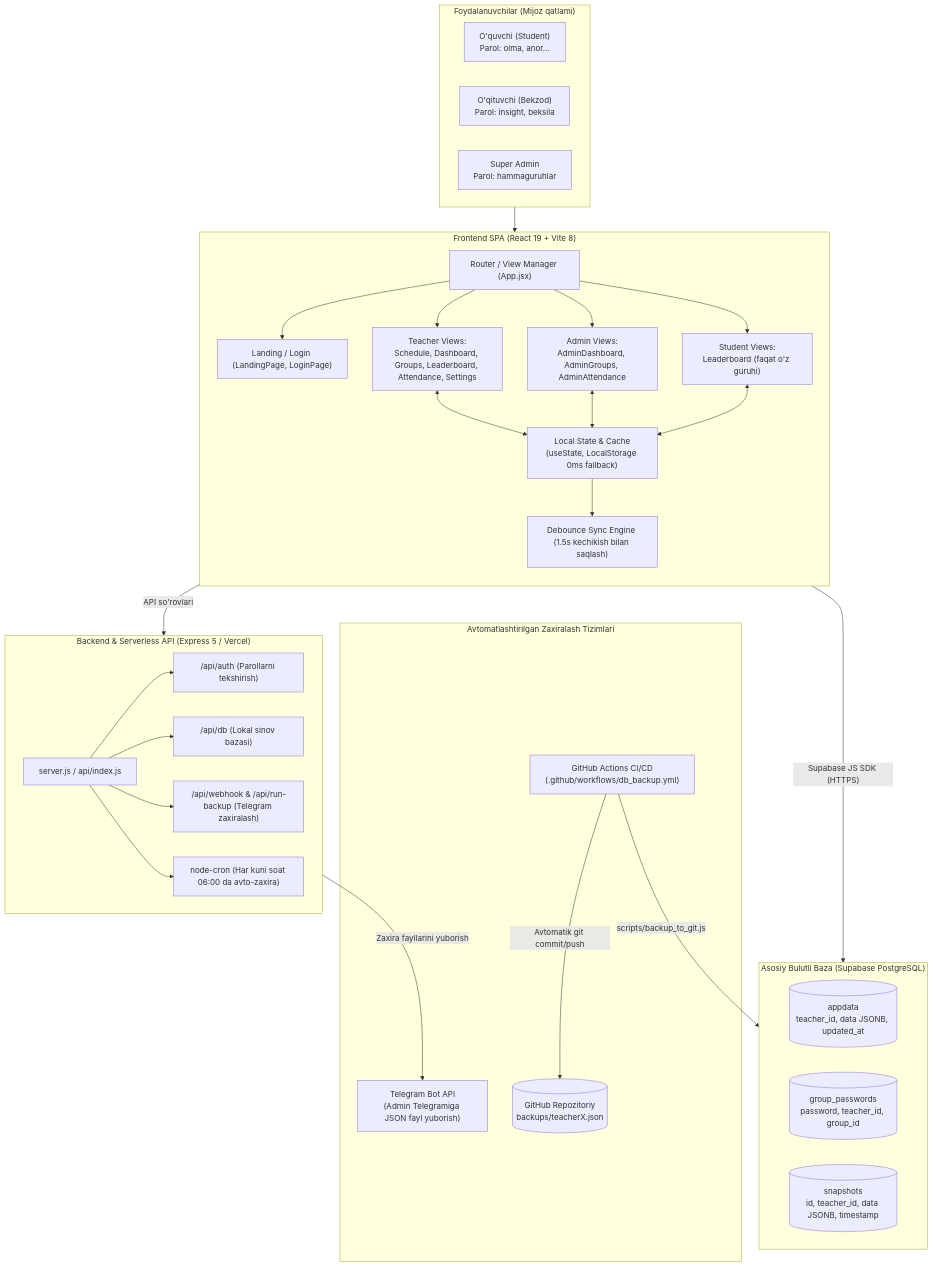
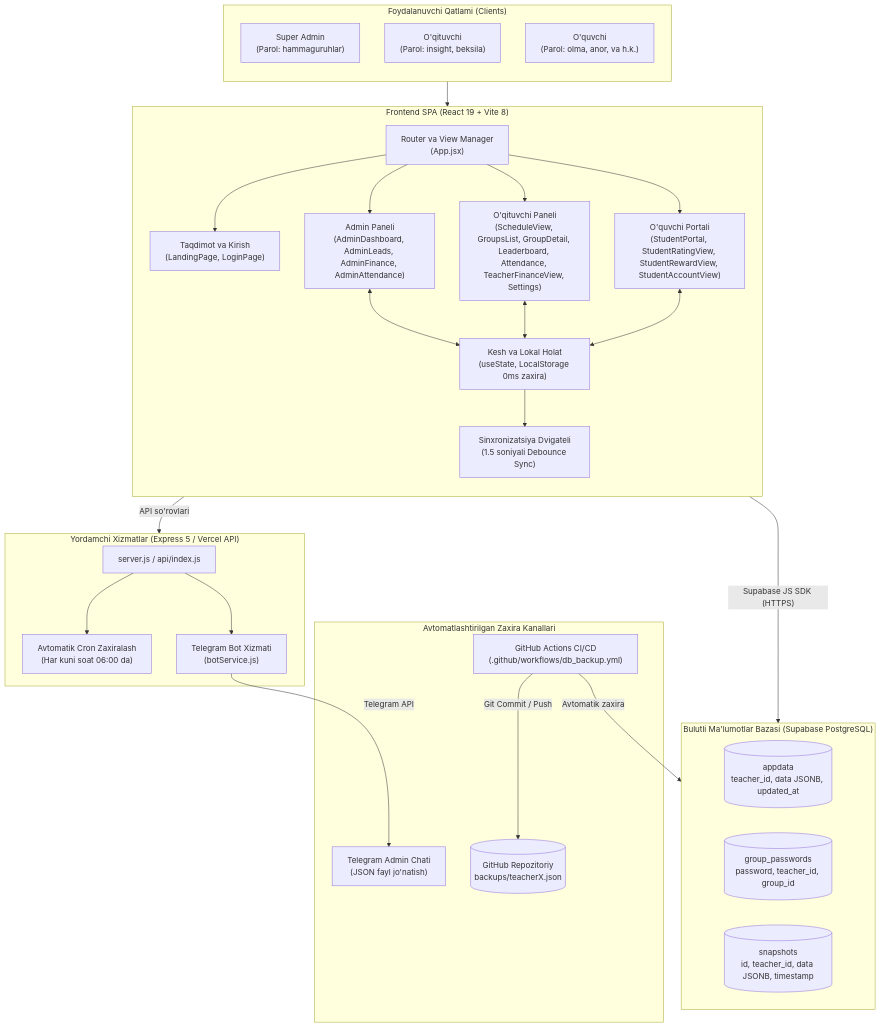
The first of 2 diagrams in arch.md (tutorbek/student-rate-app), drawn with Mermaid before and after one commit. The commit also changed other lines of this file and 17 other files, not shown here.

````diff
--- a/arch.md
+++ b/arch.md
@@ -20,52 +20,50 @@
 ```mermaid
 flowchart TB
-    subgraph Clients["Foydalanuvchilar (Mijoz qatlami)"]
-        A1["O'quvchi (Student)\nParol: olma, anor..."]
-        A2["O'qituvchi (Bekzod)\nParol: insight, beksila"]
-        A3["Super Admin\nParol: hammaguruhlar"]
+    subgraph Clients["Foydalanuvchi Qatlami (Clients)"]
+        direction TB
+        C1["Super Admin\n(Parol: hammaguruhlar)"]
+        C2["O'qituvchi\n(Parol: insight, beksila)"]
+        C3["O'quvchi\n(Parol: olma, anor, va h.k.)"]
     end
 
     subgraph Frontend["Frontend SPA (React 19 + Vite 8)"]
         direction TB
-        F1["Router / View Manager (App.jsx)"]
-        F2["Landing / Login (LandingPage, LoginPage)"]
-        F3["Teacher Views:\nSchedule, Dashboard, Groups, Leaderboard, Attendance, Settings"]
-        F4["Admin Views:\nAdminDashboard, AdminGroups, AdminAttendance"]
-        F5["Student Views:\nLeaderboard (faqat o'z guruhi)"]
-        F6["Local State & Cache\n(useState, LocalStorage 0ms fallback)"]
-        F7["Debounce Sync Engine (1.5s kechikish bilan saqlash)"]
-        
+        F1["Router va View Manager\n(App.jsx)"]
+        F2["Taqdimot va Kirish\n(LandingPage, LoginPage)"]
+        F3["Admin Paneli\n(AdminDashboard, AdminLeads, AdminFinance, AdminAttendance)"]
+        F4["O'qituvchi Paneli\n(ScheduleView, GroupsList, GroupDetail, Leaderboard, Attendance, TeacherFinanceView, Settings)"]
+        F5["O'quvchi Portali\n(StudentPortal, StudentRatingView, StudentRewardView, StudentAccountView)"]
+        F6["Kesh va Lokal Holat\n(useState, LocalStorage 0ms zaxira)"]
+        F7["Sinxronizatsiya Dvigateli\n(1.5 soniyali Debounce Sync)"]
+
         F1 --> F2 & F3 & F4 & F5
         F3 & F4 & F5 <--> F6
         F6 --> F7
     end
 
-    subgraph BackendServices["Backend & Serverless API (Express 5 / Vercel)"]
+    subgraph Backend["Yordamchi Xizmatlar (Express 5 / Vercel API)"]
         B1["server.js / api/index.js"]
-        B2["/api/auth (Parollarni tekshirish)"]
-        B3["/api/db (Lokal sinov bazasi)"]
-        B4["/api/webhook & /api/run-backup (Telegram zaxiralash)"]
-        B5["node-cron (Har kuni soat 06:00 da avto-zaxira)"]
-        
-        B1 --> B2 & B3 & B4 & B5
+        B2["Avtomatik Cron Zaxiralash\n(Har kuni soat 06:00 da)"]
+        B3["Telegram Bot Xizmati\n(botService.js)"]
+        B1 --> B2 & B3
     end
 
-    subgraph CloudDB["Asosiy Bulutli Baza (Supabase PostgreSQL)"]
+    subgraph Database["Bulutli Ma'lumotlar Bazasi (Supabase PostgreSQL)"]
         DB1[("appdata\nteacher_id, data JSONB, updated_at")]
         DB2[("group_passwords\npassword, teacher_id, group_id")]
         DB3[("snapshots\nid, teacher_id, data JSONB, timestamp")]
     end
 
-    subgraph AutomatedBackups["Avtomatlashtirilgan Zaxiralash Tizimlari"]
-        TGBot["Telegram Bot API\n(Admin Telegramiga JSON fayl yuborish)"]
-        GHActions["GitHub Actions CI/CD\n(.github/workflows/db_backup.yml)"]
-        GitRepo[("GitHub Repozitoriy\nbackups/teacherX.json")]
+    subgraph Backup["Avtomatlashtirilgan Zaxira Kanallari"]
+        TG["Telegram Admin Chati\n(JSON fayl jo'natish)"]
+        GHA["GitHub Actions CI/CD\n(.github/workflows/db_backup.yml)"]
+        REPO[("GitHub Repozitoriy\nbackups/teacherX.json")]
     end
 
     Clients --> Frontend
-    F7 -- "Supabase JS SDK (HTTPS)" --> CloudDB
-    Frontend -- "API so'rovlari" --> BackendServices
-    BackendServices -- "Zaxira fayllarini yuborish" --> TGBot
-    GHActions -- "scripts/backup_to_git.js" --> CloudDB
-    GHActions -- "Avtomatik git commit/push" --> GitRepo
+    F7 -- "Supabase JS SDK (HTTPS)" --> Database
+    Frontend -- "API so'rovlari" --> Backend
+    B3 -- "Telegram API" --> TG
+    GHA -- "Avtomatik zaxira" --> Database
+    GHA -- "Git Commit / Push" --> REPO
 ```
````
